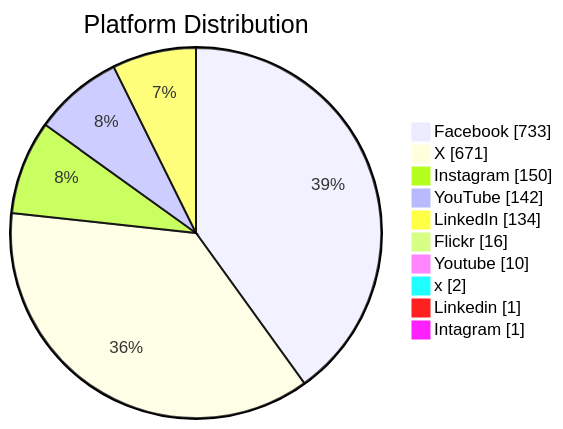
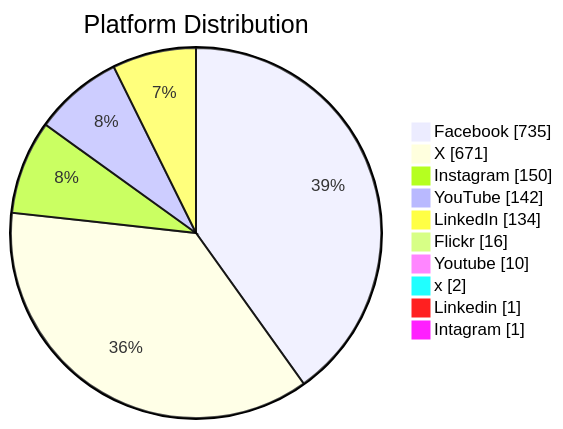
Before and after one commit to PatLittle/GC-Socials: the second of 6 diagrams in README.md, drawn with Mermaid. The commit also changed other lines of this file, not shown here.

Commit message:
Update README with Platform Distribution pie chart

````diff
--- a/README.md
+++ b/README.md
@@ -888,13 +71,13 @@
 ```mermaid
 pie showData title Platform Distribution
-    "Facebook": 733
+    "Facebook": 735
     "X": 671
     "Instagram": 150
     "YouTube": 142
     "LinkedIn": 134
     "Flickr": 16
     "Youtube": 10
     "x": 2
     "Linkedin": 1
     "Intagram": 1
 ```
````
